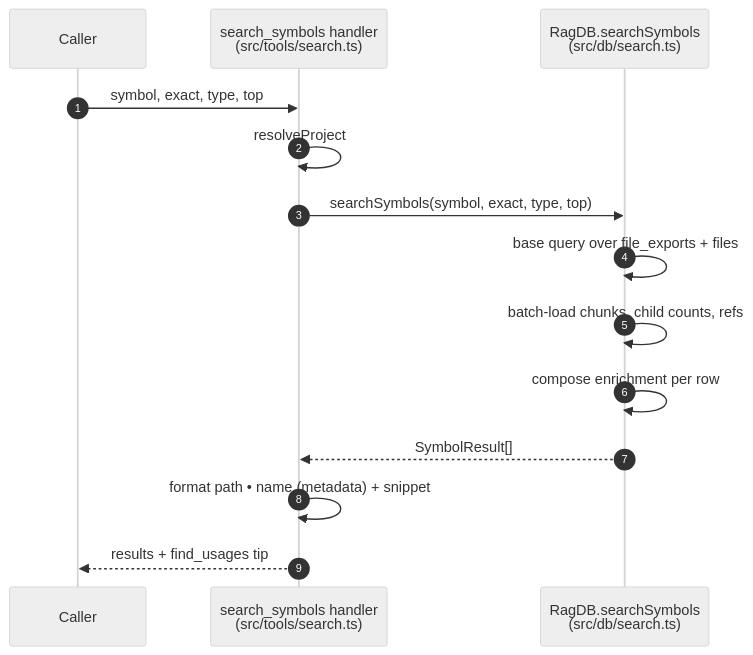
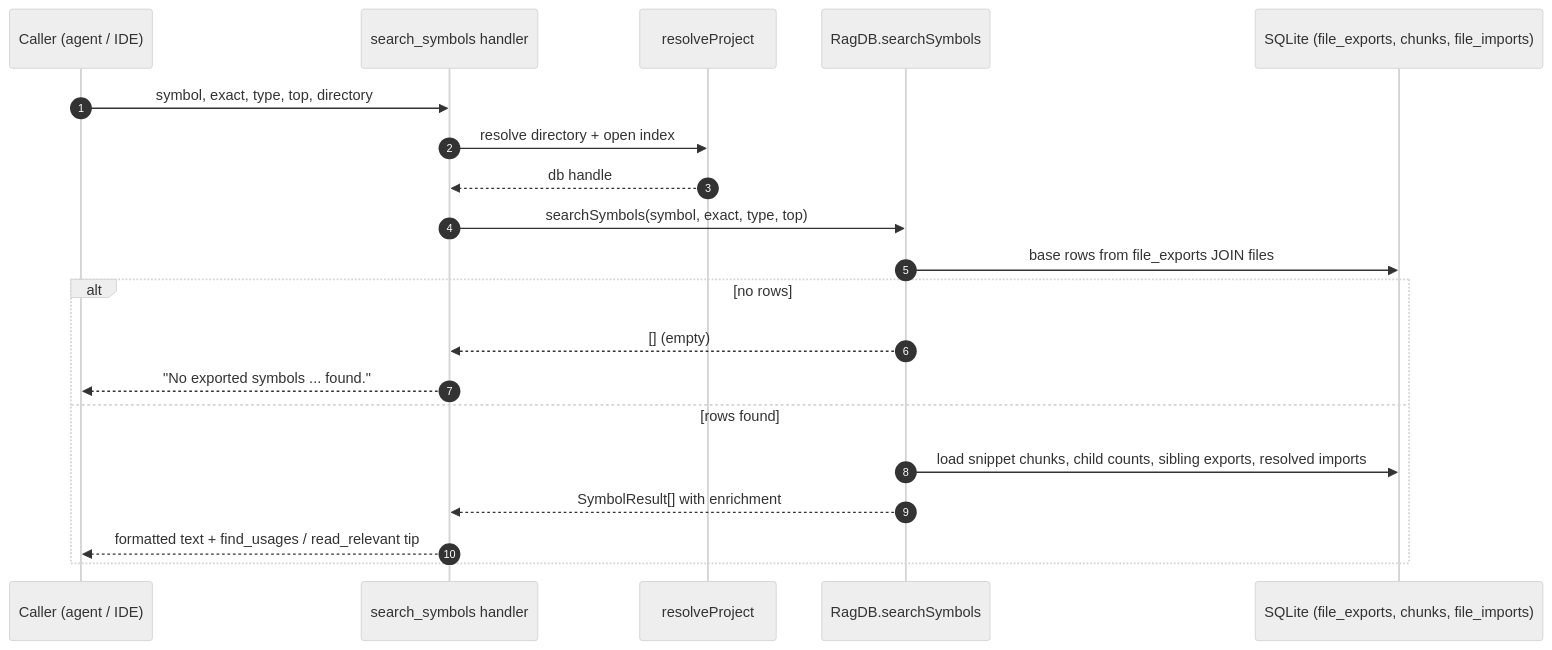
The diagram in wiki/tools/search-symbols.md (TheWinci/mimirs), drawn with Mermaid (neutral theme) before and after one commit. The commit also changed other lines of this file and 51 other files, not shown here.

````diff
--- a/wiki/tools/search-symbols.md
+++ b/wiki/tools/search-symbols.md
@@ -42,16 +11,23 @@
 ```mermaid
 sequenceDiagram
-  autonumber
-  participant Caller
-  participant Handler as search_symbols handler<br>(src/tools/search.ts)
-  participant DB as RagDB.searchSymbols<br>(src/db/search.ts)
-  Caller->>Handler: symbol, exact, type, top
-  Handler->>Handler: resolveProject
-  Handler->>DB: searchSymbols(symbol, exact, type, top)
-  DB->>DB: base query over file_exports + files
-  DB->>DB: batch-load chunks, child counts, refs
-  DB->>DB: compose enrichment per row
-  DB-->>Handler: SymbolResult[]
-  Handler->>Handler: format path • name (metadata) + snippet
-  Handler-->>Caller: results + find_usages tip
+    autonumber
+    participant Caller as Caller (agent / IDE)
+    participant Tool as search_symbols handler
+    participant Proj as resolveProject
+    participant DB as RagDB.searchSymbols
+    participant SQLite as SQLite (file_exports, chunks, file_imports)
+
+    Caller->>Tool: symbol, exact, type, top, directory
+    Tool->>Proj: resolve directory + open index
+    Proj-->>Tool: db handle
+    Tool->>DB: searchSymbols(symbol, exact, type, top)
+    DB->>SQLite: base rows from file_exports JOIN files
+    alt no rows
+        DB-->>Tool: [] (empty)
+        Tool-->>Caller: "No exported symbols ... found."
+    else rows found
+        DB->>SQLite: load snippet chunks, child counts, sibling exports, resolved imports
+        DB-->>Tool: SymbolResult[] with enrichment
+        Tool-->>Caller: formatted text + find_usages / read_relevant tip
+    end
 ```
````
